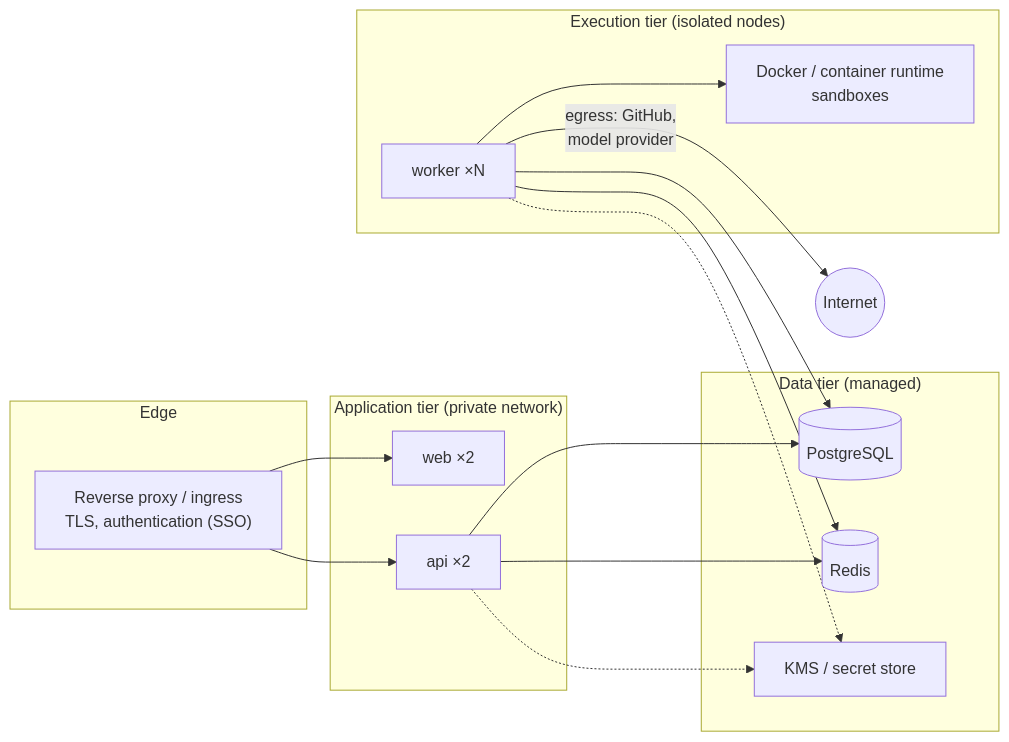
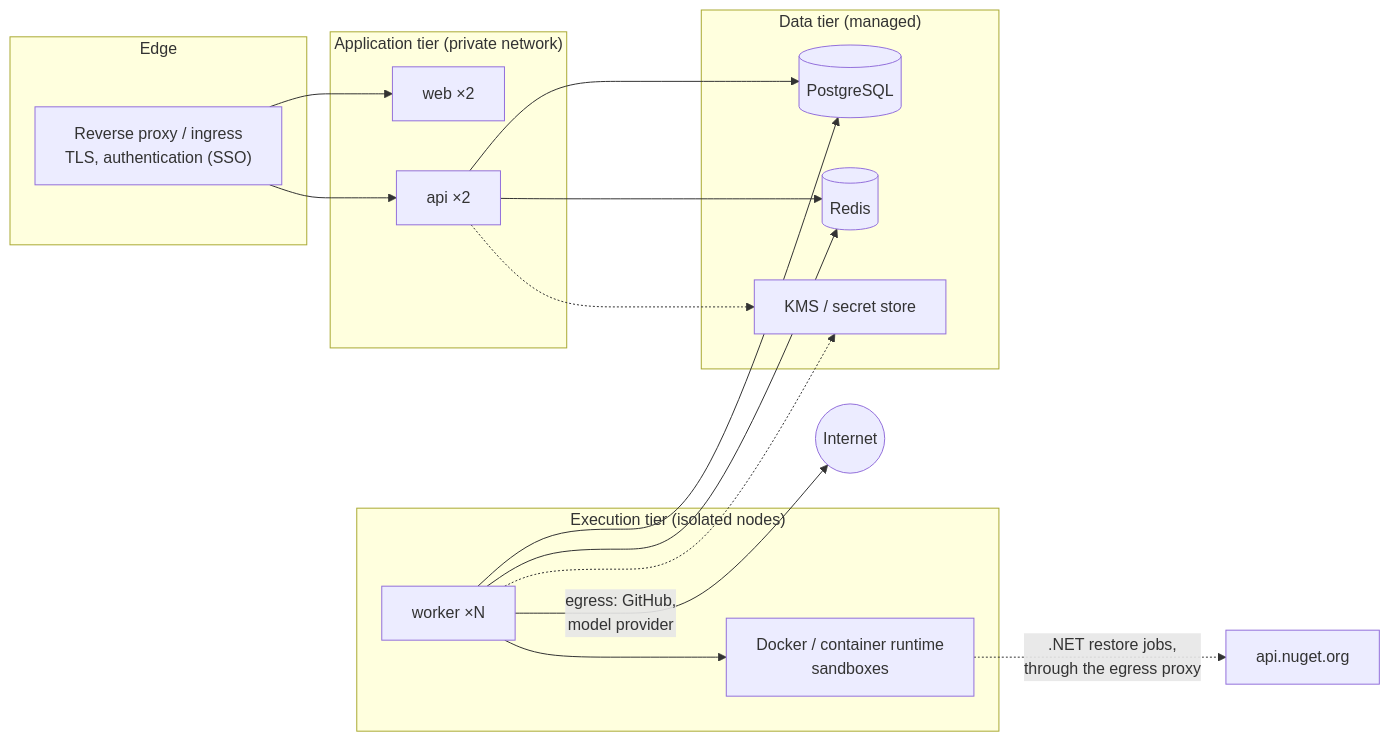
The fourth of 4 diagrams in docs/architecture/overview.md (KsiProgramming/agentic-dev), drawn with Mermaid before and after one commit. The commit also changed other lines of this file and 36 other files, not shown here.

````diff
--- a/docs/architecture/overview.md
+++ b/docs/architecture/overview.md
@@ -176,25 +181,26 @@
 ```mermaid
 flowchart LR
     subgraph edge["Edge"]
         lb["Reverse proxy / ingress<br/>TLS, authentication (SSO)"]
     end
     subgraph app["Application tier (private network)"]
         web1["web ×2"]
         api1["api ×2"]
     end
     subgraph exec["Execution tier (isolated nodes)"]
         w1["worker ×N"]
         dk["Docker / container runtime<br/>sandboxes"]
     end
     subgraph data["Data tier (managed)"]
         pg[("PostgreSQL")]
         rd[("Redis")]
         kms["KMS / secret store"]
     end
 
     lb --> web1 & api1
     api1 --> pg & rd
     w1 --> pg & rd & dk
     api1 & w1 -.-> kms
     w1 -- "egress: GitHub,<br/>model provider" --> internet((Internet))
+    dk -. ".NET restore jobs,<br/>through the egress proxy" .-> nuget["api.nuget.org"]
 ```
````
